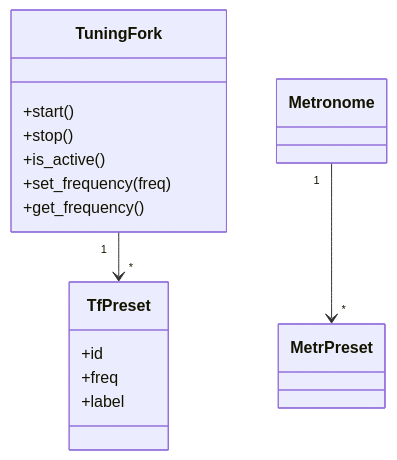
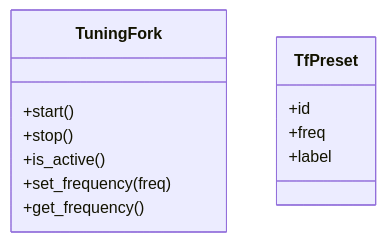
Before and after one commit to piamanns/ot-harjoitustyo: the diagram in musictools/dokumentaatio/arkkitehtuuri.md, drawn with Mermaid.

````diff
--- a/musictools/dokumentaatio/arkkitehtuuri.md
+++ b/musictools/dokumentaatio/arkkitehtuuri.md
@@ -6,19 +6,16 @@
 ```mermaid
 classDiagram
-    TuningFork "1" --> "*" TfPreset
-    Metronome "1" --> "*" MetrPreset
-    
     class TuningFork{   
         +start()
         +stop()
         +is_active()
         +set_frequency(freq)
         +get_frequency()
     }
     
     class TfPreset{
         +id
         +freq
         +label
     }
 ```
````
